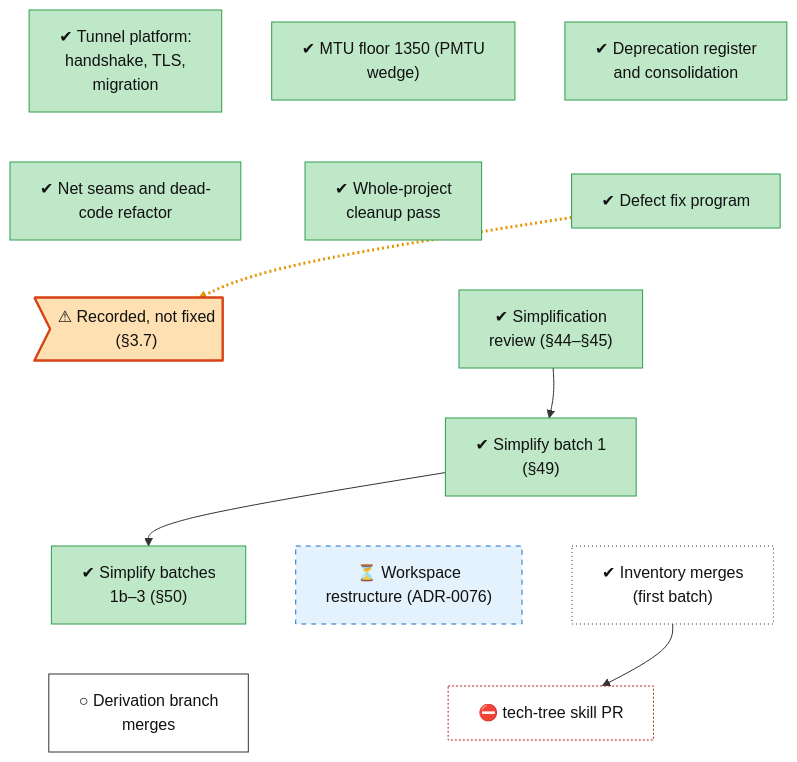
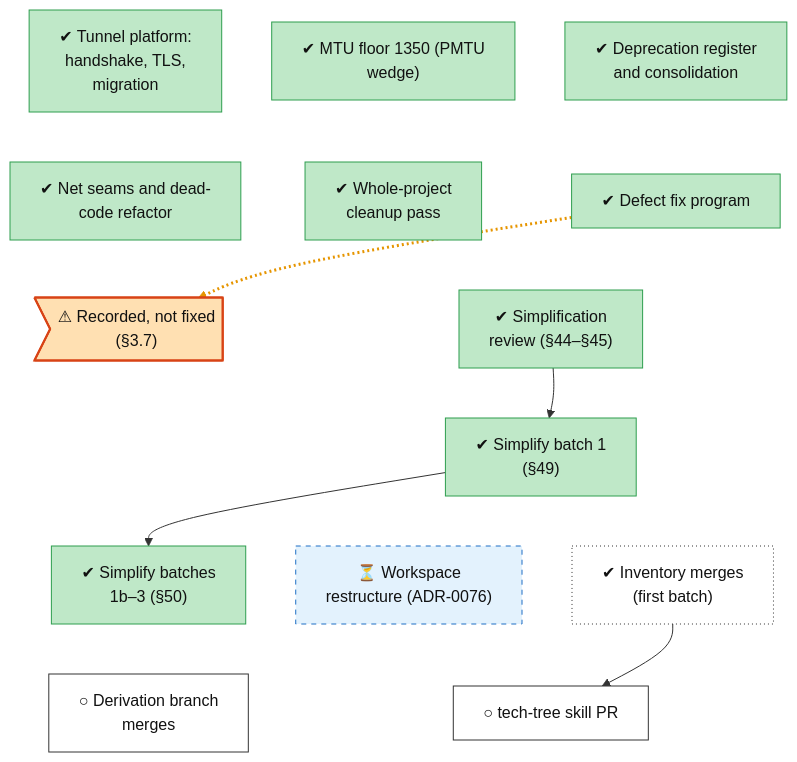
One commit to lhns/raptorpath changed the diagram in docs/roadmap/tracks/infra.md. Above: the diagram before and after it, drawn with Mermaid. The commit also changed other lines of this file and 13 other files, not shown here.

````diff
--- a/docs/roadmap/tracks/infra.md
+++ b/docs/roadmap/tracks/infra.md
@@ -10,55 +10,54 @@
 ```mermaid
 flowchart TB
     infra_early_platform["✔ Tunnel platform:<br/>handshake, TLS,<br/>migration"]
     infra_mtu_floor["✔ MTU floor 1350 (PMTU<br/>wedge)"]
     infra_consolidation["✔ Deprecation register<br/>and consolidation"]
     infra_net_seams["✔ Net seams and dead-<br/>code refactor"]
     infra_cleanup_0927["✔ Whole-project<br/>cleanup pass"]
     infra_fix_program["✔ Defect fix program"]
     infra_defect_recorded_not_fixed>"⚠ Recorded, not fixed<br/>(#167;3.7)"]
     infra_simplify_review["✔ Simplification<br/>review (#167;44–#167;45)"]
     infra_simplify_batch1["✔ Simplify batch 1<br/>(#167;49)"]
     infra_simplify_batch2["✔ Simplify batches<br/>1b–3 (#167;50)"]
     infra_restructure["⏳ Workspace<br/>restructure (ADR-0076)"]
     infra_inventory_merges["✔ Inventory merges<br/>(first batch)"]
     infra_derivation_merges["○ Derivation branch<br/>merges"]
-    infra_tech_tree_skill["⛔ tech-tree skill PR"]
+    infra_tech_tree_skill["○ tech-tree skill PR"]
     infra_early_platform ~~~ infra_net_seams
     infra_mtu_floor ~~~ infra_cleanup_0927
     infra_consolidation ~~~ infra_fix_program
     infra_net_seams ~~~ infra_defect_recorded_not_fixed
     infra_cleanup_0927 ~~~ infra_simplify_review
     infra_fix_program ~~~ infra_simplify_review
     infra_defect_recorded_not_fixed ~~~ infra_simplify_batch1
     infra_simplify_review ~~~ infra_simplify_batch1
     infra_simplify_batch1 ~~~ infra_simplify_batch2
     infra_simplify_batch1 ~~~ infra_restructure
     infra_simplify_batch1 ~~~ infra_inventory_merges
     infra_simplify_batch2 ~~~ infra_derivation_merges
     infra_restructure ~~~ infra_tech_tree_skill
     infra_inventory_merges ~~~ infra_tech_tree_skill
     infra_fix_program -.-> infra_defect_recorded_not_fixed
     infra_simplify_review --> infra_simplify_batch1
     infra_simplify_batch1 --> infra_simplify_batch2
     infra_inventory_merges --> infra_tech_tree_skill
     linkStyle 14 stroke:#e69500,stroke-width:3px,stroke-dasharray:2 3
     classDef vsucc fill:#2e9e4f,stroke:#1b6b34,color:#fff
     classDef succ fill:#bfe8c8,stroke:#2e9e4f,color:#111
     classDef mixed fill:#ffd37a,stroke:#c98a00,color:#111
     classDef bad fill:#f28b82,stroke:#b3261e,color:#111
     classDef dead fill:#e6e6e6,stroke:#777,stroke-dasharray:5 5,color:#555
     classDef inprog fill:#a8cdf5,stroke:#1f6fc5,color:#111
     classDef next fill:#fff,stroke:#333,color:#111
     classDef blocked fill:#fff,stroke:#b3261e,stroke-dasharray:2 2,color:#111
     classDef parked fill:#f3f3f3,stroke:#999,color:#555
     classDef unrated fill:#fff,stroke:#333,stroke-dasharray:1 3,color:#111
     classDef userdec fill:#d9c2f0,stroke:#7b3fb5,color:#111
     classDef defect fill:#ffe0b2,stroke:#d84315,stroke-width:2px,color:#111
     classDef waiting fill:#e3f2fd,stroke:#1f6fc5,stroke-dasharray:5 5,color:#111
     class infra_early_platform,infra_mtu_floor,infra_consolidation,infra_net_seams,infra_cleanup_0927,infra_fix_program,infra_simplify_review,infra_simplify_batch1,infra_simplify_batch2 succ
     class infra_defect_recorded_not_fixed defect
     class infra_restructure waiting
     class infra_inventory_merges unrated
-    class infra_derivation_merges next
-    class infra_tech_tree_skill blocked
+    class infra_derivation_merges,infra_tech_tree_skill next
 ```
````
